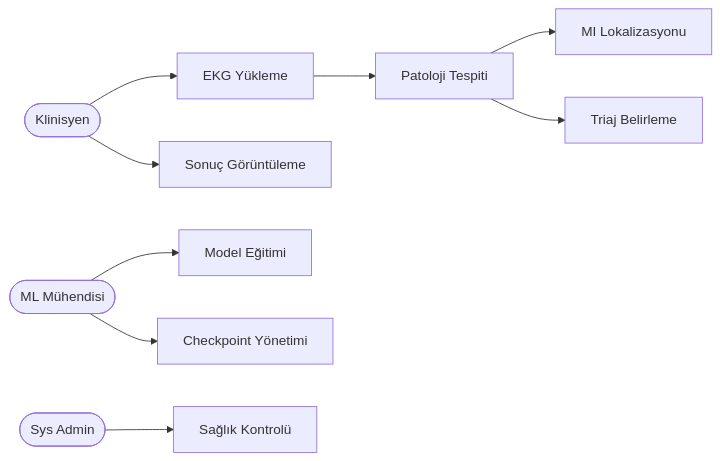
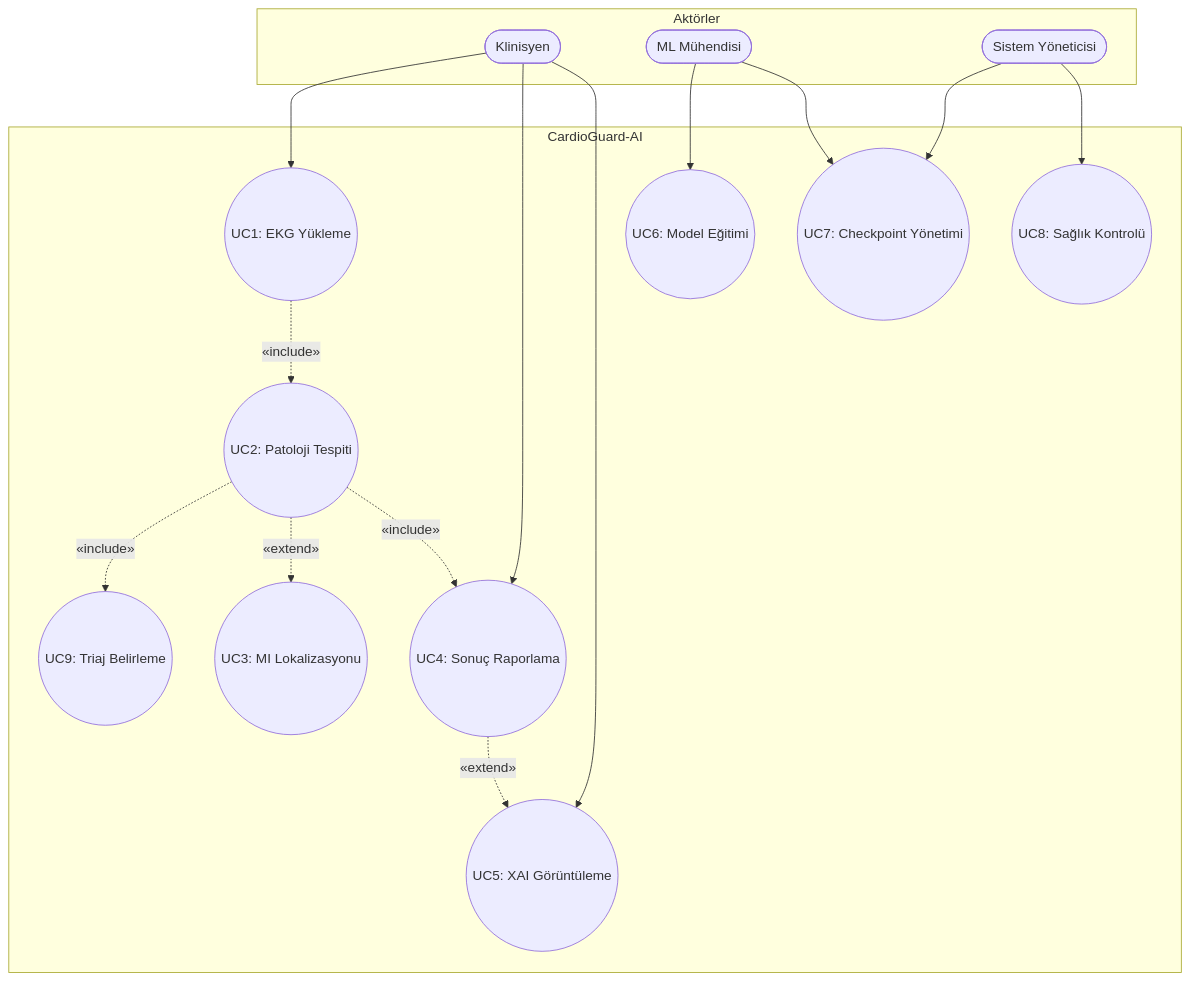
One commit to mUsaulug/CardioGuard-AI changed the diagram in docs/diagrams/02_use_case_diagram.md. Above: the diagram before and after it, drawn with Mermaid. The commit also changed other lines of this file, not shown here.

````diff
--- a/docs/diagrams/02_use_case_diagram.md
+++ b/docs/diagrams/02_use_case_diagram.md
@@ -15,18 +15,36 @@
 ```mermaid
-graph LR
-    A1(["Klinisyen"])
-    A2(["ML Mühendisi"])
-    A3(["Sys Admin"])
+graph TB
+    subgraph Aktorler["Aktörler"]
+        A1(["Klinisyen"])
+        A2(["ML Mühendisi"])
+        A3(["Sistem Yöneticisi"])
+    end
     
-    A1 --> UC1["EKG Yükleme"]
-    A1 --> UC4["Sonuç Görüntüleme"]
+    subgraph Sistem["CardioGuard-AI"]
+        UC1(("UC1: EKG Yükleme"))
+        UC2(("UC2: Patoloji Tespiti"))
+        UC3(("UC3: MI Lokalizasyonu"))
+        UC4(("UC4: Sonuç Raporlama"))
+        UC5(("UC5: XAI Görüntüleme"))
+        UC6(("UC6: Model Eğitimi"))
+        UC7(("UC7: Checkpoint Yönetimi"))
+        UC8(("UC8: Sağlık Kontrolü"))
+        UC9(("UC9: Triaj Belirleme"))
+    end
     
-    UC1 --> UC2["Patoloji Tespiti"]
-    UC2 --> UC3["MI Lokalizasyonu"]
-    UC2 --> UC9["Triaj Belirleme"]
+    A1 --> UC1
+    A1 --> UC4
+    A1 --> UC5
     
-    A2 --> UC6["Model Eğitimi"]
-    A2 --> UC7["Checkpoint Yönetimi"]
+    A2 --> UC6
+    A2 --> UC7
     
-    A3 --> UC8["Sağlık Kontrolü"]
+    A3 --> UC7
+    A3 --> UC8
+    
+    UC1 -.->|«include»| UC2
+    UC2 -.->|«include»| UC9
+    UC2 -.->|«extend»| UC3
+    UC2 -.->|«include»| UC4
+    UC4 -.->|«extend»| UC5
 ```
````
